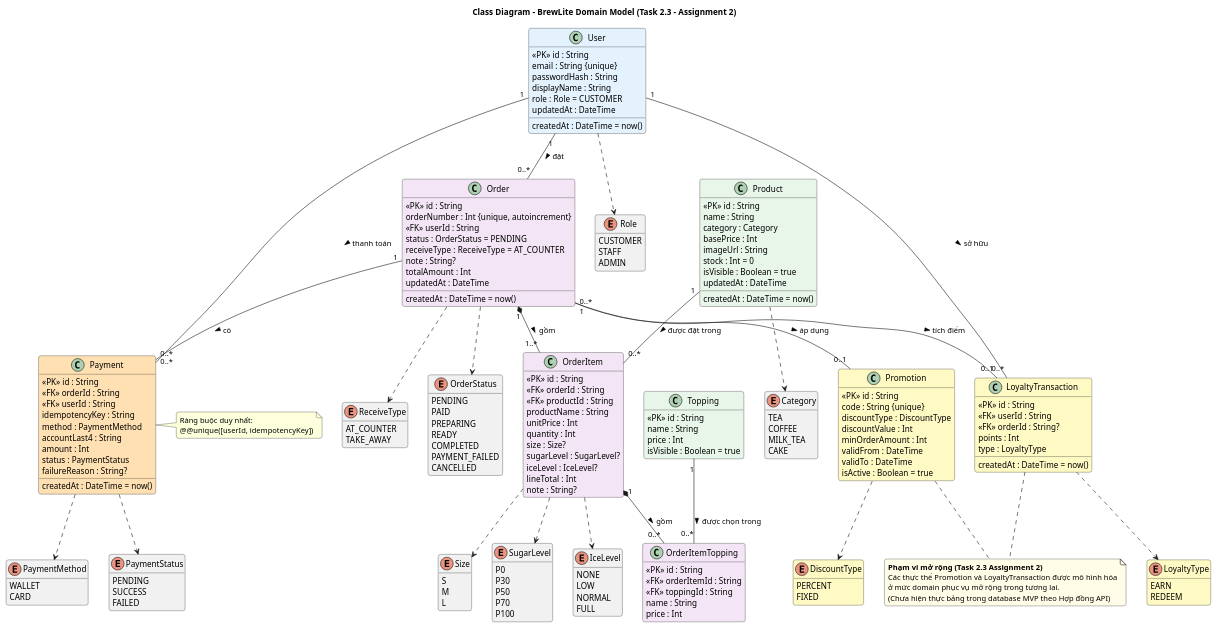
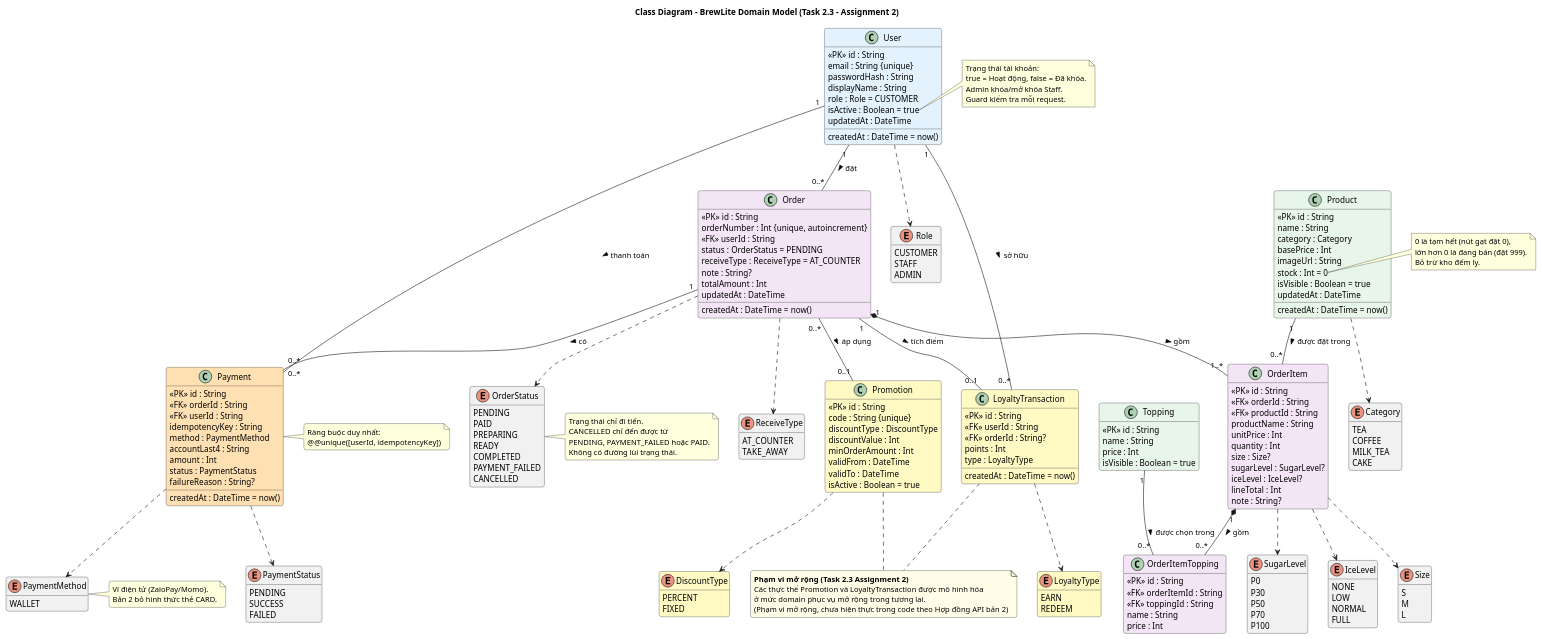
One commit to Thori2724/BrewLite-CNPM-nh-m-12 changed the diagram in docs/diagrams/classdiagram.puml. Above: the diagram before and after it, drawn with PlantUML. The commit also changed 5 other files, not shown here.

Commit message:
docs(diagrams): update sequence and class diagrams to align with api contract v2 (task 30)

```diff
--- a/docs/diagrams/classdiagram.puml
+++ b/docs/diagrams/classdiagram.puml
@@ -6,7 +6,7 @@
 skinparam roundcorner 8
 hide empty members
 
-' =================== CORE ENUMS (Khớp schema.prisma) ===================
+' =================== CORE ENUMS (Khớp schema.prisma & Hợp đồng API Bản 2) ===================
 
 enum Category {
   TEA
@@ -57,10 +57,21 @@
   CANCELLED
 }
 
+note right of OrderStatus
+  Trạng thái chỉ đi tiến.
+  CANCELLED chỉ đến được từ
+  PENDING, PAYMENT_FAILED hoặc PAID.
+  Không có đường lùi trạng thái.
+end note
+
 enum PaymentMethod {
   WALLET
-  CARD
 }
+
+note right of PaymentMethod
+  Ví điện tử (ZaloPay/Momo).
+  Bản 2 bỏ hình thức thẻ CARD.
+end note
 
 enum PaymentStatus {
   PENDING
@@ -94,15 +105,29 @@
   updatedAt : DateTime
 }
 
+note right of Product::stock
+  0 là tạm hết (nút gạt đặt 0),
+  lớn hơn 0 là đang bán (đặt 999).
+  Bỏ trừ kho đếm ly.
+end note
+
 class User #E3F2FD {
   {field} <<PK>> id : String
   email : String {unique}
   passwordHash : String
   displayName : String
   role : Role = CUSTOMER
+  isActive : Boolean = true
   createdAt : DateTime = now()
   updatedAt : DateTime
 }
+
+note right of User::isActive
+  Trạng thái tài khoản:
+  true = Hoạt động, false = Đã khóa.
+  Admin khóa/mở khóa Staff.
+  Guard kiểm tra mỗi request.
+end note
 
 class Topping #E8F5E9 {
   {field} <<PK>> id : String
@@ -185,7 +210,7 @@
   createdAt : DateTime = now()
 }
 
-note "<b>Phạm vi mở rộng (Task 2.3 Assignment 2)</b>\nCác thực thể Promotion và LoyaltyTransaction được mô hình hóa\nở mức domain phục vụ mở rộng trong tương lai.\n(Chưa hiện thực bảng trong database MVP theo Hợp đồng API)" as N_EXT #FFFDE7
+note "<b>Phạm vi mở rộng (Task 2.3 Assignment 2)</b>\nCác thực thể Promotion và LoyaltyTransaction được mô hình hóa\nở mức domain phục vụ mở rộng trong tương lai.\n(Phạm vi mở rộng, chưa hiện thực trong code theo Hợp đồng API bản 2)" as N_EXT #FFFDE7
 
 Promotion .. N_EXT
 LoyaltyTransaction .. N_EXT
```
